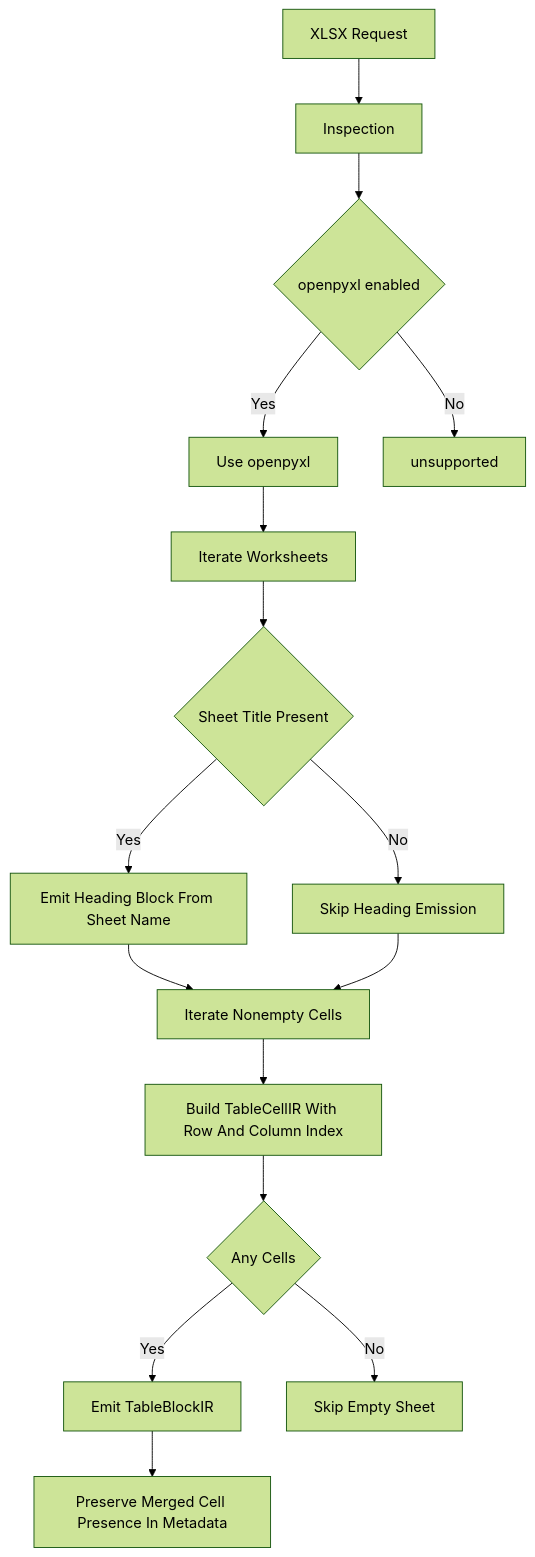
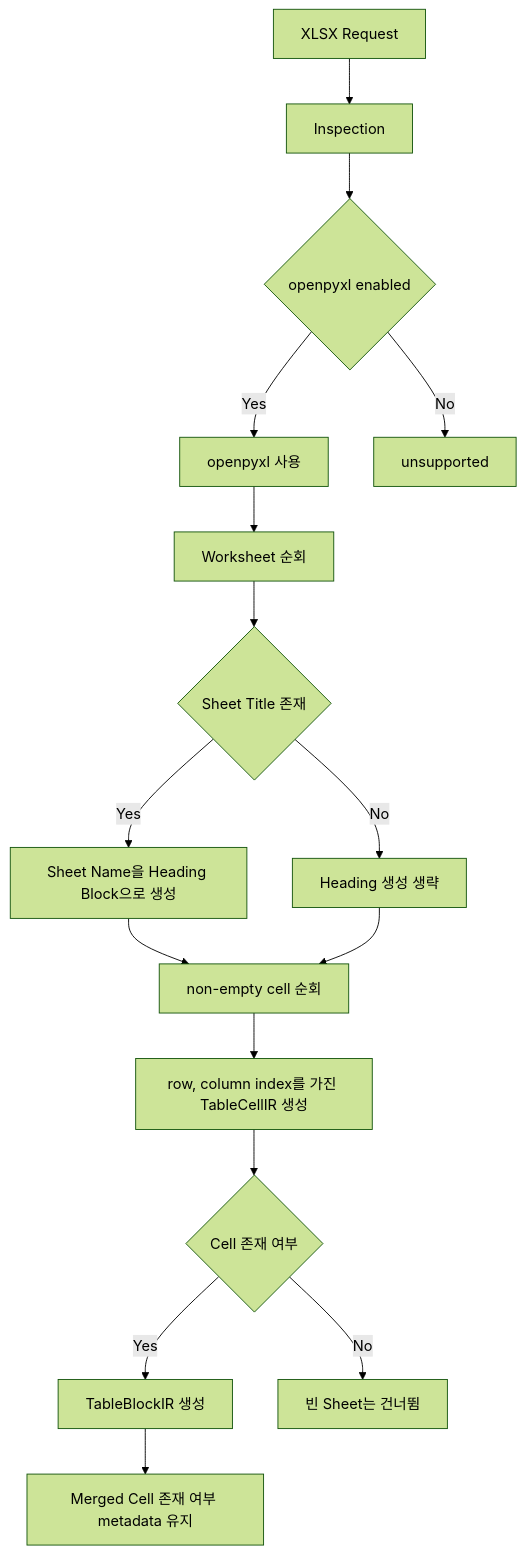
Before and after one commit to CapBarnacle/MarkBridge: the fifth of 7 diagrams in docs/30-confluence-parsing-guide.md, drawn with Mermaid (forest theme). The commit also changed other lines of this file and 1 other file, not shown here.

````diff
--- a/docs/30-confluence-parsing-guide.md
+++ b/docs/30-confluence-parsing-guide.md
@@ -244,18 +244,18 @@
 ```mermaid
 flowchart TD
     A[XLSX Request] --> B[Inspection]
     B --> C{openpyxl enabled}
-    C -->|Yes| D[Use openpyxl]
+    C -->|Yes| D[openpyxl 사용]
     C -->|No| E[unsupported]
-    D --> F[Iterate Worksheets]
-    F --> G{Sheet Title Present}
-    G -->|Yes| H[Emit Heading Block From Sheet Name]
-    G -->|No| I[Skip Heading Emission]
-    H --> J[Iterate Nonempty Cells]
+    D --> F[Worksheet 순회]
+    F --> G{Sheet Title 존재}
+    G -->|Yes| H[Sheet Name을 Heading Block으로 생성]
+    G -->|No| I[Heading 생성 생략]
+    H --> J[non-empty cell 순회]
     I --> J
-    J --> K[Build TableCellIR With Row And Column Index]
-    K --> L{Any Cells}
-    L -->|Yes| M[Emit TableBlockIR]
-    L -->|No| N[Skip Empty Sheet]
-    M --> O[Preserve Merged Cell Presence In Metadata]
+    J --> K[row, column index를 가진 TableCellIR 생성]
+    K --> L{Cell 존재 여부}
+    L -->|Yes| M[TableBlockIR 생성]
+    L -->|No| N[빈 Sheet는 건너뜀]
+    M --> O[Merged Cell 존재 여부 metadata 유지]
 ```
````
